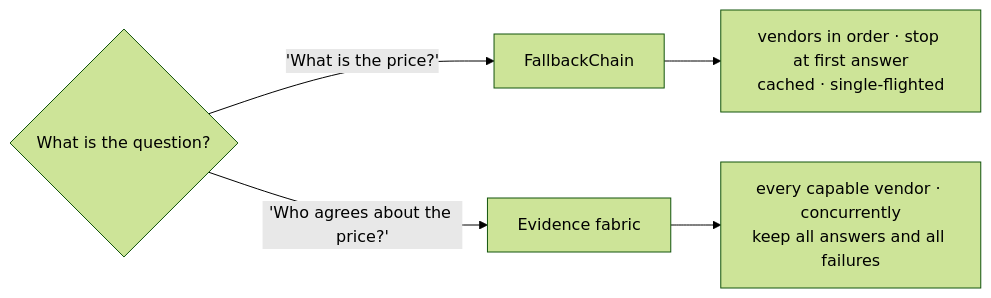
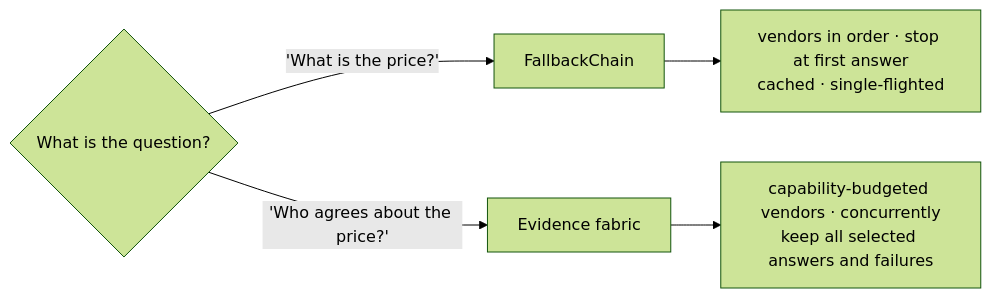
One commit to iAakash1/miniAladdin changed the third of 8 diagrams in README.md. Above: the diagram before and after it, drawn with Mermaid (forest theme). The commit also changed other lines of this file and 26 other files, not shown here.

````diff
--- a/README.md
+++ b/README.md
@@ -205,8 +205,8 @@
 ```mermaid
 flowchart LR
     Q{"What is the question?"}
     Q -->|"'What is the price?'"| C["FallbackChain"]
     Q -->|"'Who agrees about the price?'"| F["Evidence fabric"]
     C --> C1["vendors in order · stop at first answer<br/>cached · single-flighted"]
-    F --> F1["every capable vendor · concurrently<br/>keep all answers and all failures"]
+    F --> F1["capability-budgeted vendors · concurrently<br/>keep all selected answers and failures"]
 ```
````
